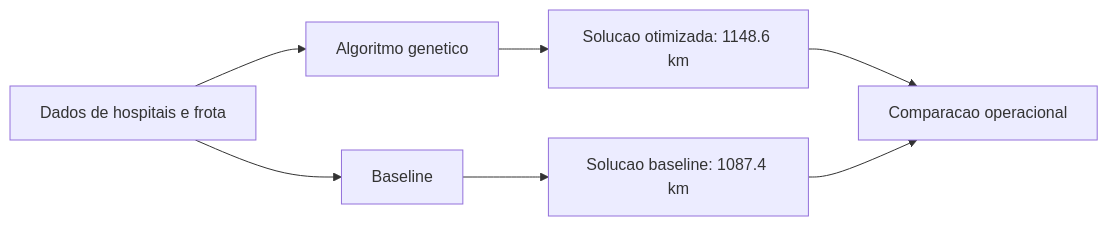
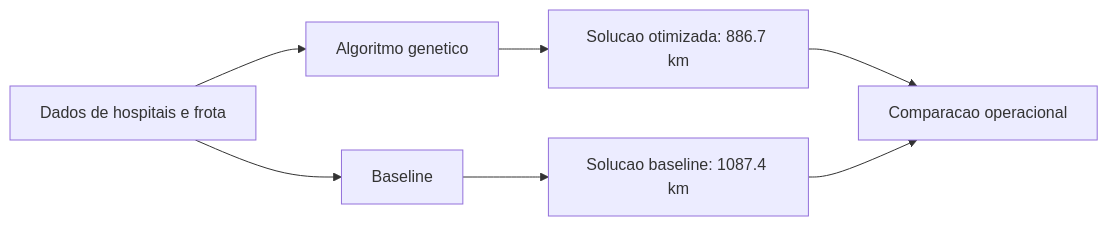
One commit to victorldomingues/pos_fiap_ia_fase2_tech_challenge changed the diagram in tsp/output/relatorio_operacional.md. Above: the diagram before and after it, drawn with Mermaid. The commit also changed other lines of this file and 6 other files, not shown here.

````diff
--- a/tsp/output/relatorio_operacional.md
+++ b/tsp/output/relatorio_operacional.md
@@ -40,11 +38,11 @@
 ```mermaid
 flowchart LR
     dados["Dados de hospitais e frota"]
     ga["Algoritmo genetico"]
     base["Baseline"]
-    otimizada["Solucao otimizada: 1148.6 km"]
+    otimizada["Solucao otimizada: 886.7 km"]
     referencia["Solucao baseline: 1087.4 km"]
     comparacao["Comparacao operacional"]
     dados --> ga --> otimizada --> comparacao
     dados --> base --> referencia --> comparacao
 ```
````
